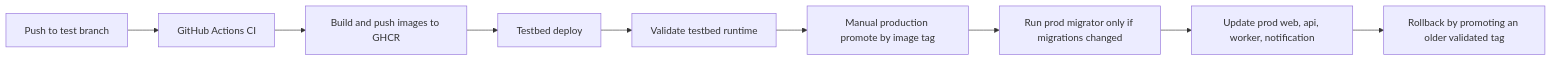
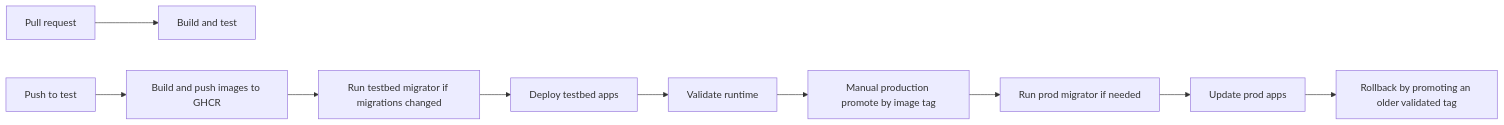
The second of 2 diagrams in README.md (haoyucheng369-gif/DocFlowCloud), drawn with Mermaid before and after one commit. The commit also changed other lines of this file and 53 other files, not shown here.

````diff
--- a/README.md
+++ b/README.md
@@ -104,11 +82,12 @@
 ```mermaid
 flowchart LR
-    Dev[Push to test branch] --> CI[GitHub Actions CI]
-    CI --> Build[Build and push images to GHCR]
-    Build --> Testbed[Testbed deploy]
-    Testbed --> Validate[Validate testbed runtime]
+    PR[Pull request] --> CI[Build and test]
+    TestPush[Push to test] --> Build[Build and push images to GHCR]
+    Build --> Migrator[Run testbed migrator if migrations changed]
+    Migrator --> Testbed[Deploy testbed apps]
+    Testbed --> Validate[Validate runtime]
     Validate --> Promote[Manual production promote by image tag]
-    Promote --> Migrator[Run prod migrator only if migrations changed]
-    Migrator --> ProdDeploy[Update prod web, api, worker, notification]
-    ProdDeploy --> Rollback[Rollback by promoting an older validated tag]
+    Promote --> ProdMigrator[Run prod migrator if needed]
+    ProdMigrator --> Prod[Update prod apps]
+    Prod --> Rollback[Rollback by promoting an older validated tag]
 ```
````
